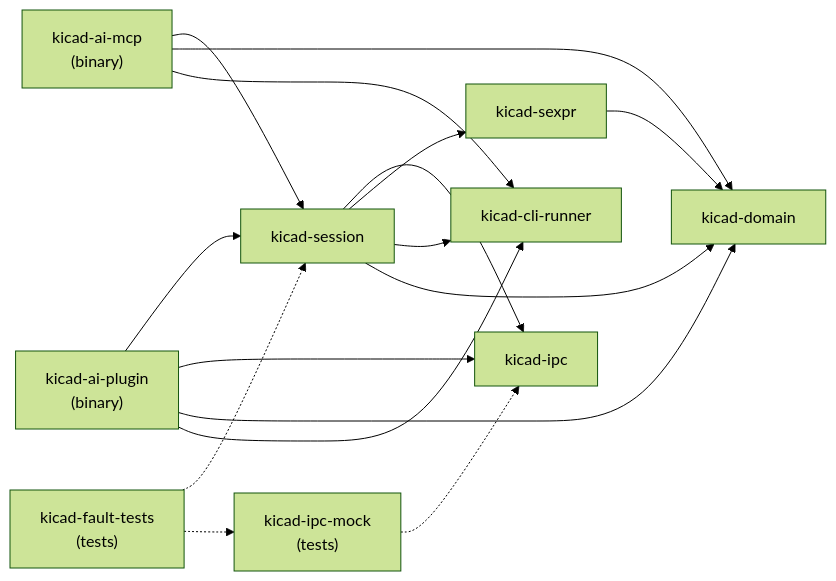
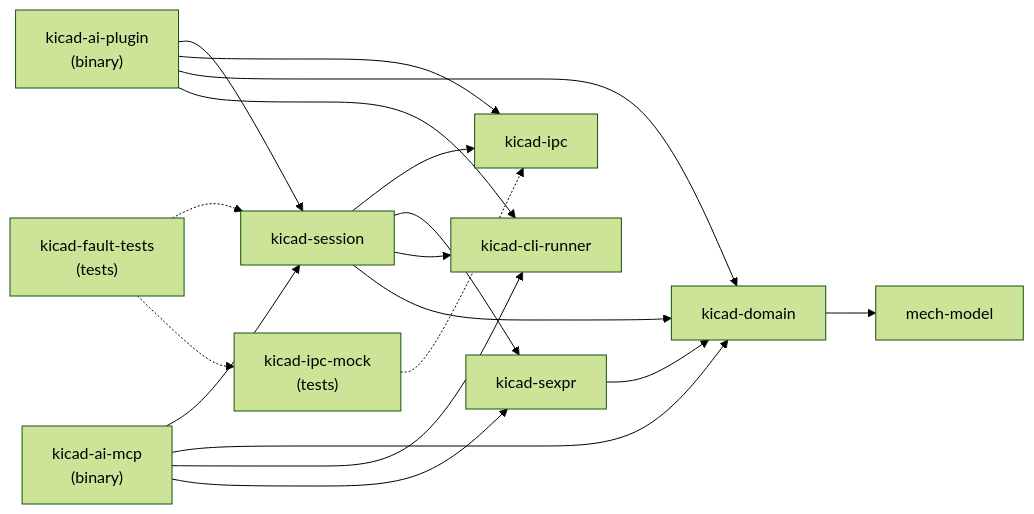
Before and after one commit to bkrajendra/thingsvu-tools: the second of 13 diagrams in docs/architecture.md, drawn with Mermaid (forest theme). The commit also changed other lines of this file and 25 other files, not shown here.

````diff
--- a/docs/architecture.md
+++ b/docs/architecture.md
@@ -61,21 +61,23 @@
 ```mermaid
 flowchart LR
     mcp["kicad-ai-mcp<br/>(binary)"] --> session
     mcp --> domain
     mcp --> runner
     plugin["kicad-ai-plugin<br/>(binary)"] --> session
     plugin --> ipc
     plugin --> domain
     plugin --> runner
     session["kicad-session"] --> ipc
     session --> sexpr
     session --> runner
     session --> domain
     sexpr["kicad-sexpr"] --> domain
+    mcp --> sexpr
+    domain --> mech["mech-model"]
     ipc["kicad-ipc"]
     runner["kicad-cli-runner"]
     domain["kicad-domain"]
     mock["kicad-ipc-mock<br/>(tests)"] -.-> ipc
     faults["kicad-fault-tests<br/>(tests)"] -.-> session
     faults -.-> mock
 ```
````
